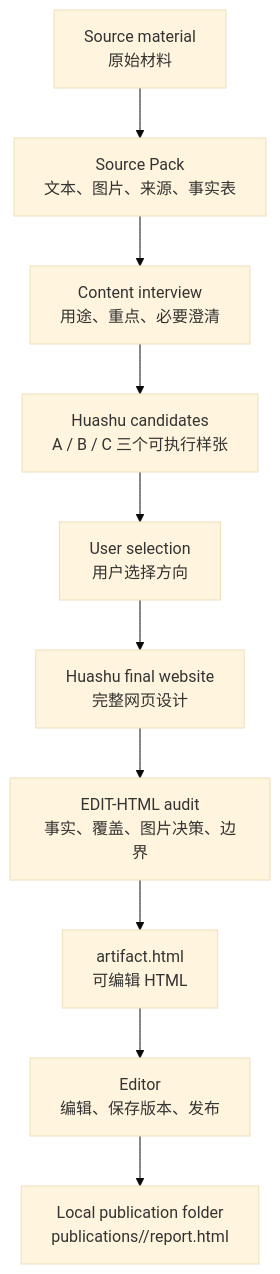
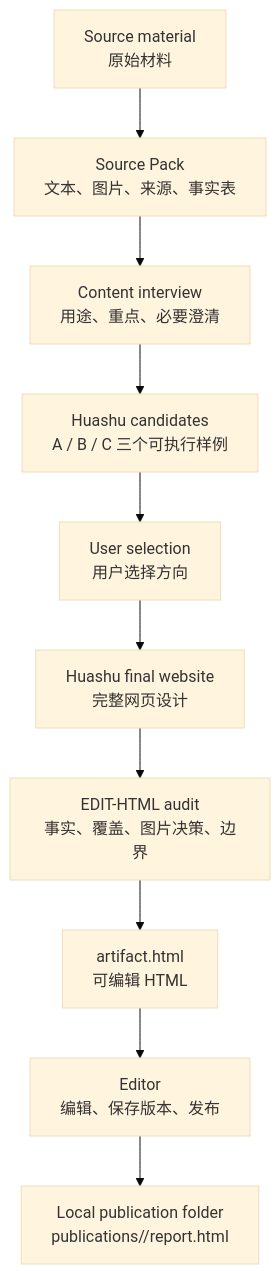
One commit to edchwx-lang/EDIT-HTML changed the first of 2 diagrams in README.md. Above: the diagram before and after it, drawn with Mermaid (base theme). The commit also changed other lines of this file and 41 other files, not shown here.

````diff
--- a/README.md
+++ b/README.md
@@ -27,12 +29,12 @@
 ```mermaid
 flowchart TD
   A["Source material<br/>原始材料"] --> B["Source Pack<br/>文本、图片、来源、事实表"]
   B --> C["Content interview<br/>用途、重点、必要澄清"]
-  C --> D["Huashu candidates<br/>A / B / C 三个可执行样张"]
+  C --> D["Huashu candidates<br/>A / B / C 三个可执行样例"]
   D --> E["User selection<br/>用户选择方向"]
   E --> F["Huashu final website<br/>完整网页设计"]
   F --> G["EDIT-HTML audit<br/>事实、覆盖、图片决策、边界"]
   G --> H["artifact.html<br/>可编辑 HTML"]
   H --> I["Editor<br/>编辑、保存版本、发布"]
   I --> J["Local publication folder<br/>publications/<id>/report.html"]
 ```
````
